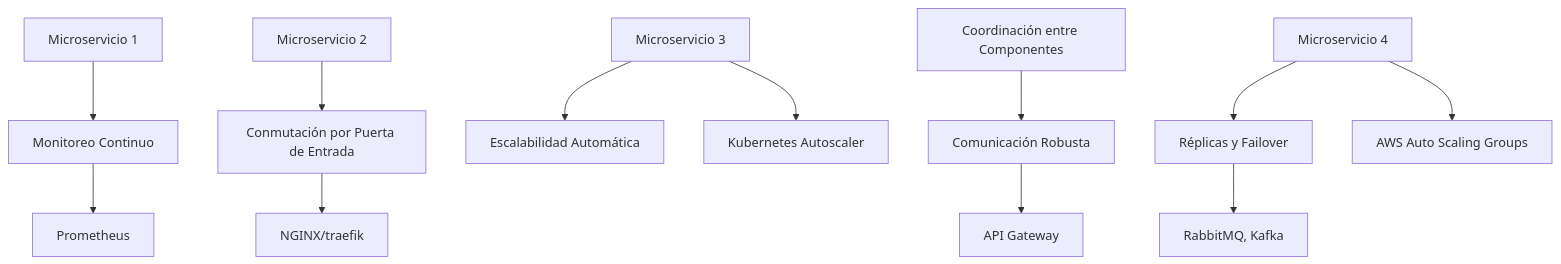
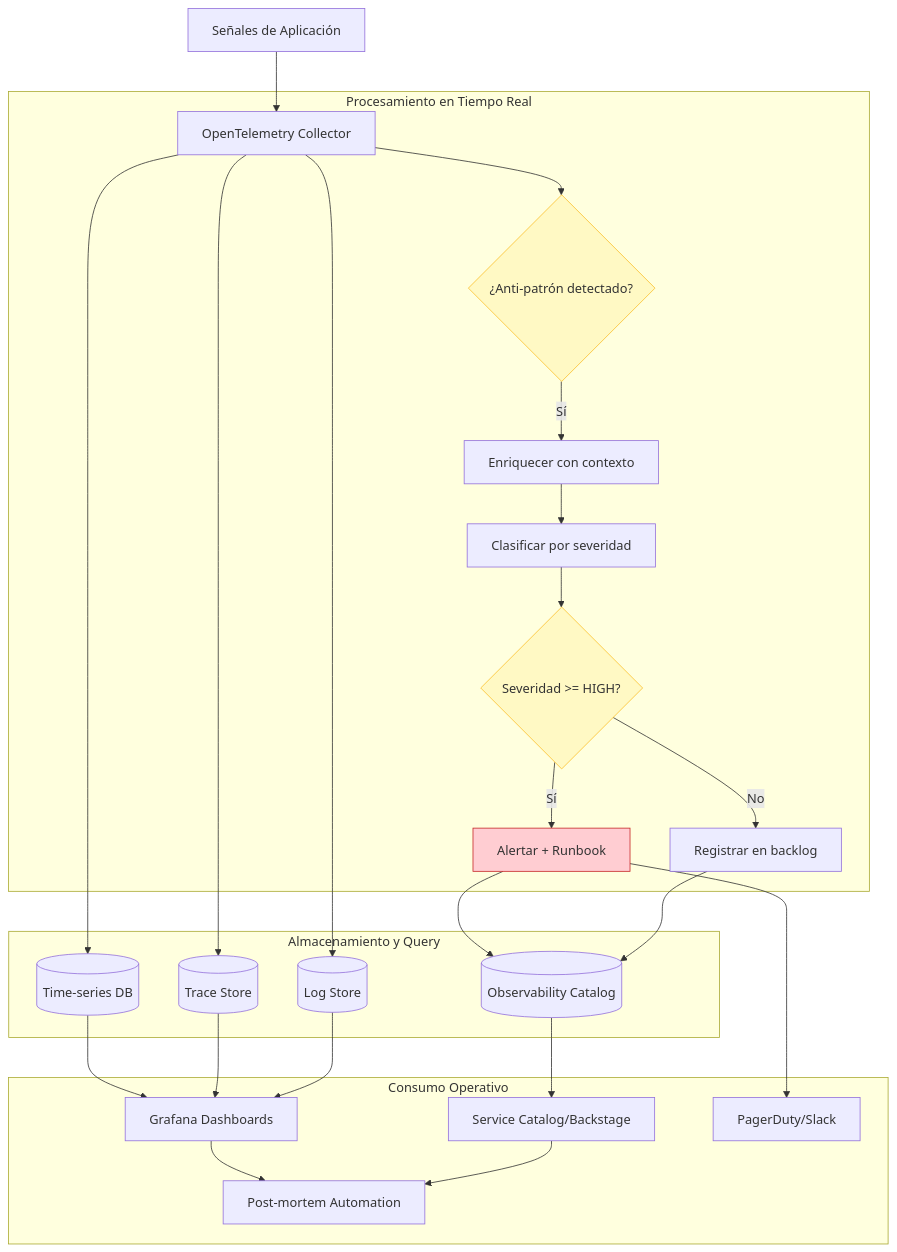
The fourth of 7 diagrams in _Review/anti_patrones_de_observabilidad_en_microservicios/anti_patrones_de_observabilidad_en_microservicios.md (Joaquinriosheredia/DAM-Java-Mastery), drawn with Mermaid before and after one commit. The commit also changed other lines of this file, not shown here.

Commit message:
anti_patrones_de_observabilidad_en_microservicios

````diff
--- a/_Review/anti_patrones_de_observabilidad_en_microservicios/anti_patrones_de_observabilidad_en_microservicios.md
+++ b/_Review/anti_patrones_de_observabilidad_en_microservicios/anti_patrones_de_observabilidad_en_microservicios.md
@@ -485,15 +505,31 @@
 ```mermaid
 graph TD
-    A[Microservicio 1] --> B[Monitoreo Continuo]
-    C[Microservicio 2] --> D[Conmutación por Puerta de Entrada]
-    E[Microservicio 3] --> F[Escalabilidad Automática]
-    G[Microservicio 4] --> H[Réplicas y Failover]
-    I[Coordinación entre Componentes] --> J[Comunicación Robusta]
-
-    B --> K[Prometheus]
-    D --> L[NGINX/traefik]
-    E --> M[Kubernetes Autoscaler]
-    G --> N[AWS Auto Scaling Groups]
-    H --> O[RabbitMQ, Kafka]
-    J --> P[API Gateway]
+    A[Señales de Aplicación] --> B[OpenTelemetry Collector]
+    
+    subgraph "Procesamiento en Tiempo Real"
+        B --> C{¿Anti-patrón detectado?}
+        C -->|Sí| D[Enriquecer con contexto]
+        D --> E[Clasificar por severidad]
+        E --> F{Severidad >= HIGH?}
+        F -->|Sí| G[Alertar + Runbook]
+        F -->|No| H[Registrar en backlog]
+    end
+    
+    subgraph "Almacenamiento y Query"
+        B --> I[(Time-series DB)]
+        B --> J[(Trace Store)]
+        B --> K[(Log Store)]
+        G & H --> L[(Observability Catalog)]
+    end
+    
+    subgraph "Consumo Operativo"
+        I & J & K --> M[Grafana Dashboards]
+        L --> N[Service Catalog/Backstage]
+        G --> O[PagerDuty/Slack]
+        M & N --> P[Post-mortem Automation]
+    end
+    
+    style C fill:#fff9c4,stroke:#fbc02d
+    style F fill:#fff9c4,stroke:#fbc02d
+    style G fill:#ffcdd2,stroke:#c62828
 ```
````
